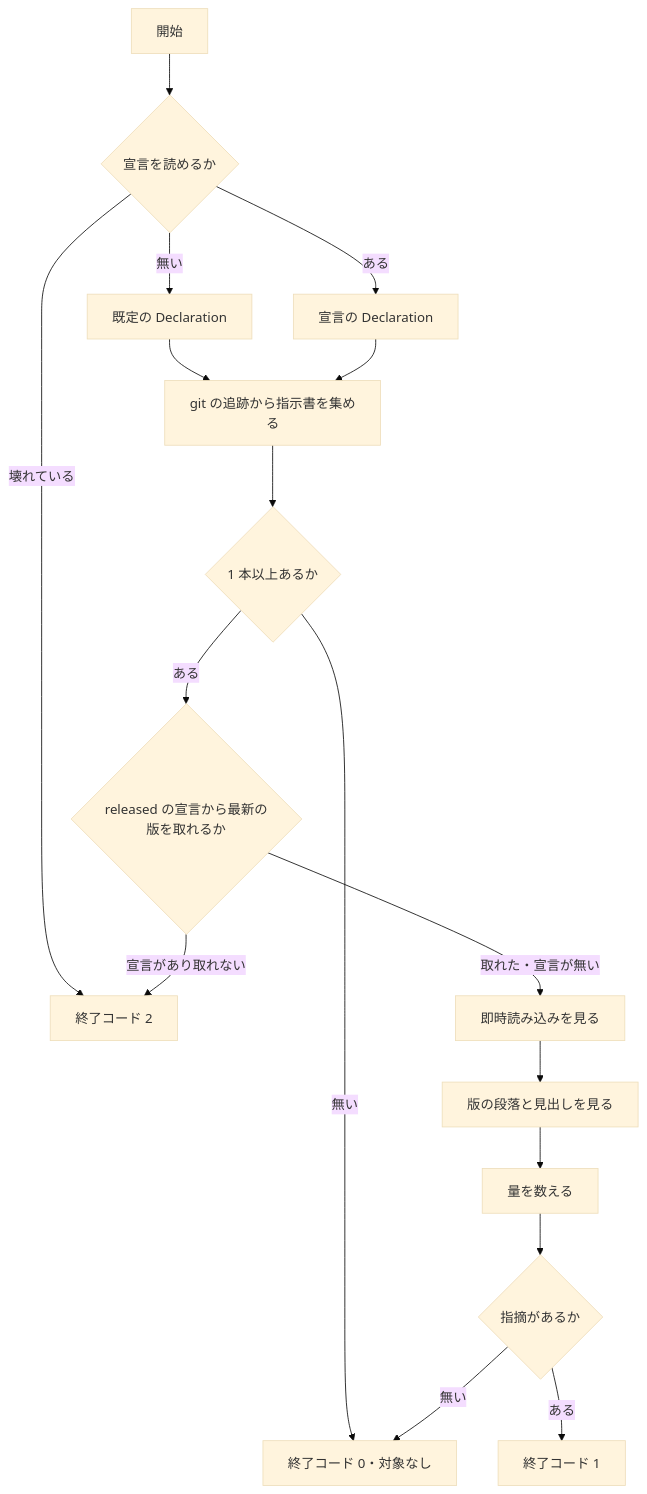
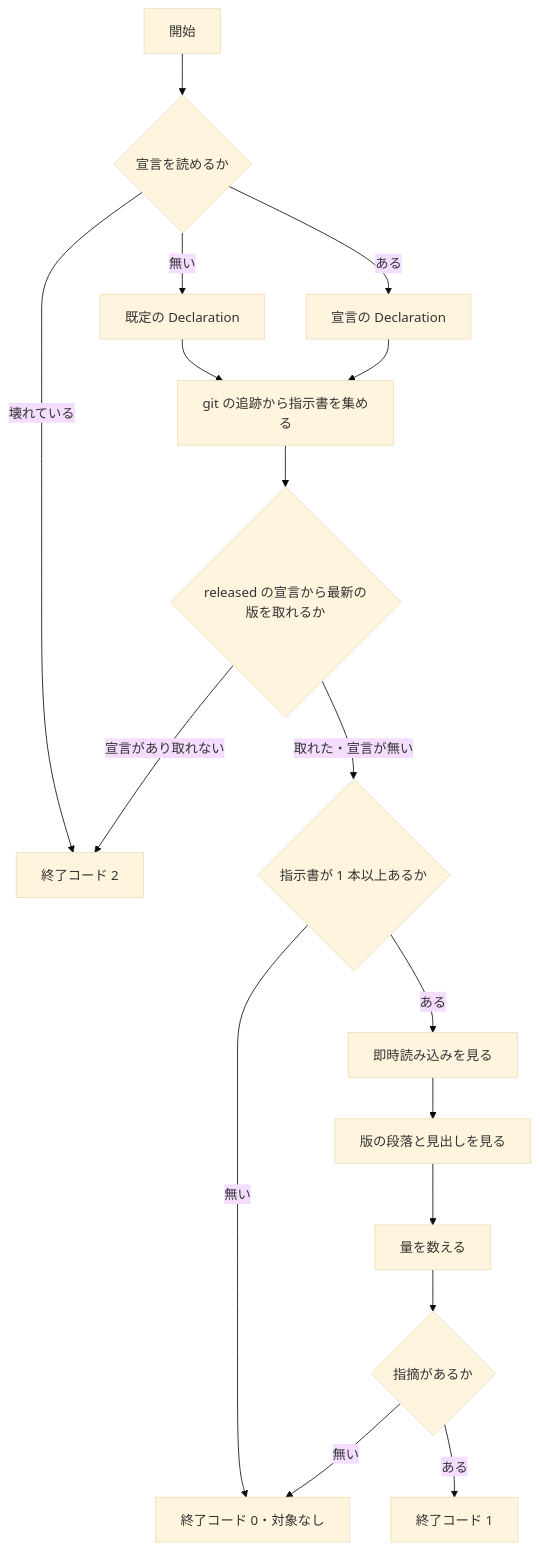
One commit to devbasex/ai-plugins changed the fifth of 5 diagrams in issues/issue-554-design.md. Above: the diagram before and after it, drawn with Mermaid (base theme). The commit also changed other lines of this file and 1 other file, not shown here.

````diff
--- a/issues/issue-554-design.md
+++ b/issues/issue-554-design.md
@@ -215,19 +217,19 @@
 ```mermaid
 graph TD
     S[開始] --> D{宣言を読めるか}
     D -->|壊れている| E2[終了コード 2]
     D -->|無い| DEF[既定の Declaration]
     D -->|ある| USE[宣言の Declaration]
     DEF --> COL[git の追跡から指示書を集める]
     USE --> COL
-    COL --> N{1 本以上あるか}
+    COL --> MAX{released の宣言から最新の版を取れるか}
+    MAX -->|宣言があり取れない| E2
+    MAX -->|取れた・宣言が無い| N{指示書が 1 本以上あるか}
     N -->|無い| E0[終了コード 0・対象なし]
-    N -->|ある| MAX{released の宣言から最新の版を取れるか}
-    MAX -->|宣言があり取れない| E2
-    MAX -->|取れた・宣言が無い| IMP[即時読み込みを見る]
+    N -->|ある| IMP[即時読み込みを見る]
     IMP --> VER[版の段落と見出しを見る]
     VER --> BUD[量を数える]
     BUD --> R{指摘があるか}
     R -->|ある| E1[終了コード 1]
     R -->|無い| E0
 ```
````
